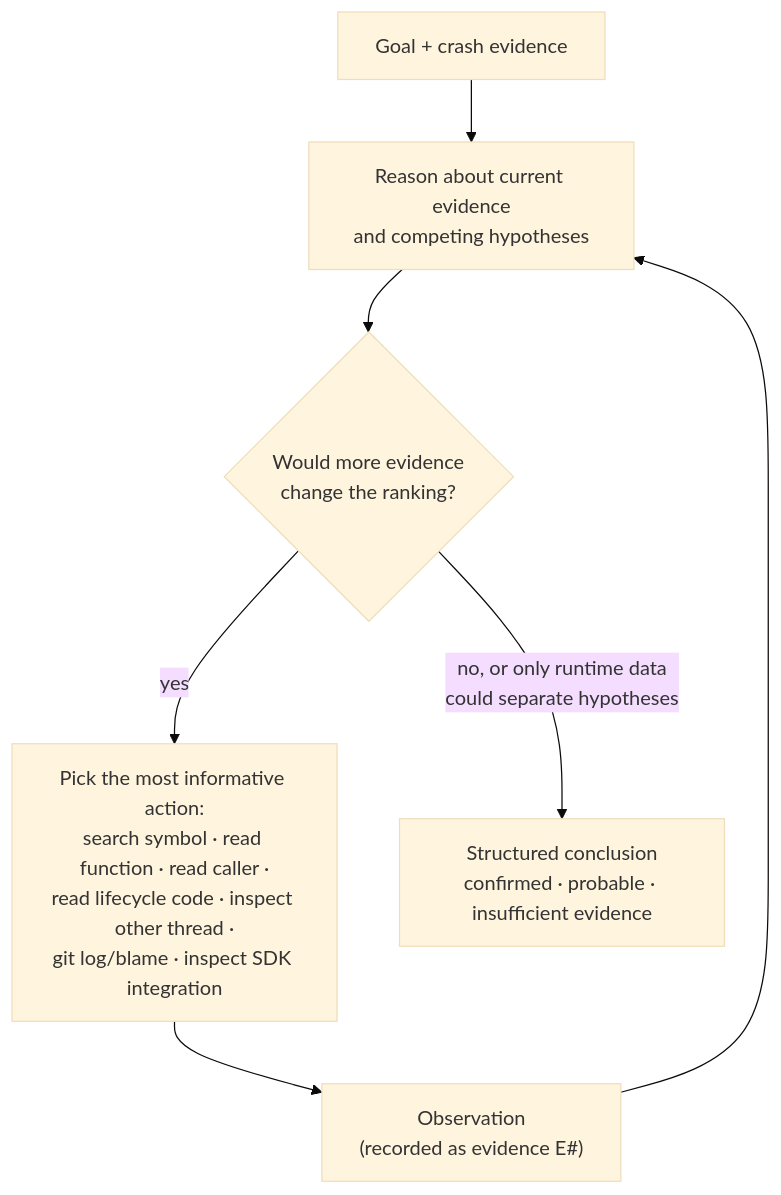
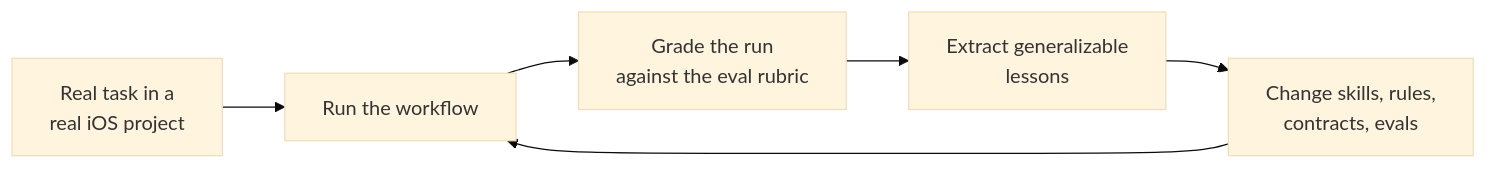
The second of 2 diagrams in README.md (rcanbaba/ios-agentic-toolkit), drawn with Mermaid (base theme) before and after one commit. The commit also changed other lines of this file and 2 other files, not shown here.

````diff
--- a/README.md
+++ b/README.md
@@ -69,9 +88,8 @@
 ```mermaid
-flowchart TD
-    G["Goal + crash evidence"] --> R["Reason about current evidence<br/>and competing hypotheses"]
-    R --> Q{"Would more evidence<br/>change the ranking?"}
-    Q -- yes --> A["Pick the most informative action:<br/>search symbol · read function · read caller ·<br/>read lifecycle code · inspect other thread ·<br/>git log/blame · inspect SDK integration"]
-    A --> O["Observation<br/>(recorded as evidence E#)"]
-    O --> R
-    Q -- "no, or only runtime data<br/>could separate hypotheses" --> C["Structured conclusion<br/>confirmed · probable · insufficient evidence"]
+flowchart LR
+    U["Real task in a<br/>real iOS project"] --> W["Run the workflow"]
+    W --> G["Grade the run<br/>against the eval rubric"]
+    G --> L["Extract generalizable<br/>lessons"]
+    L --> T["Change skills, rules,<br/>contracts, evals"]
+    T --> W
 ```
````
